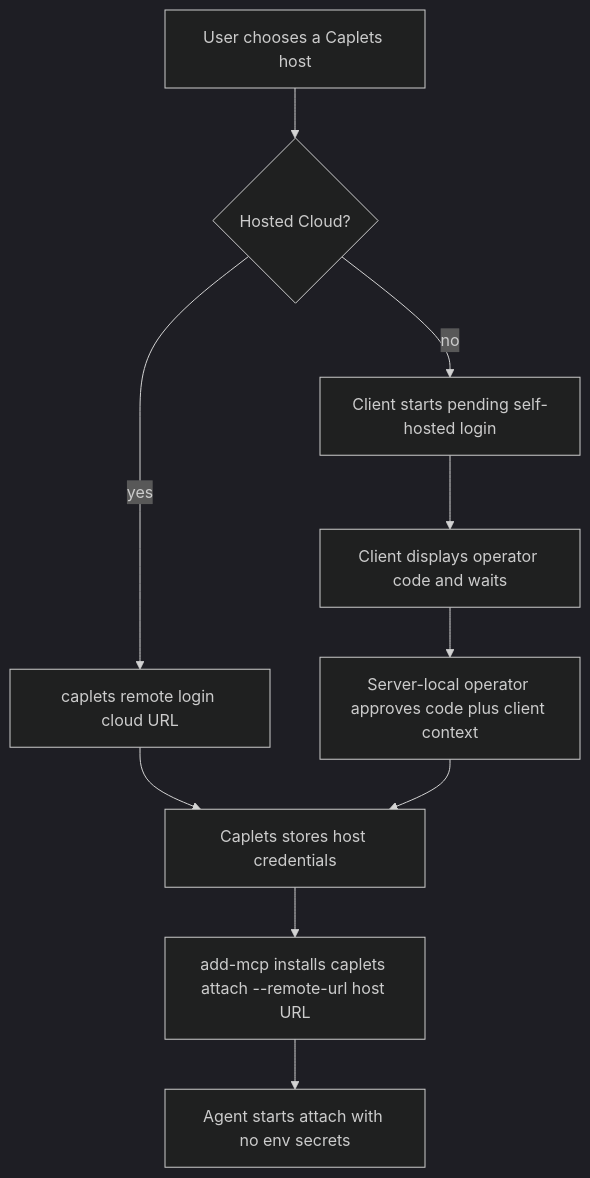
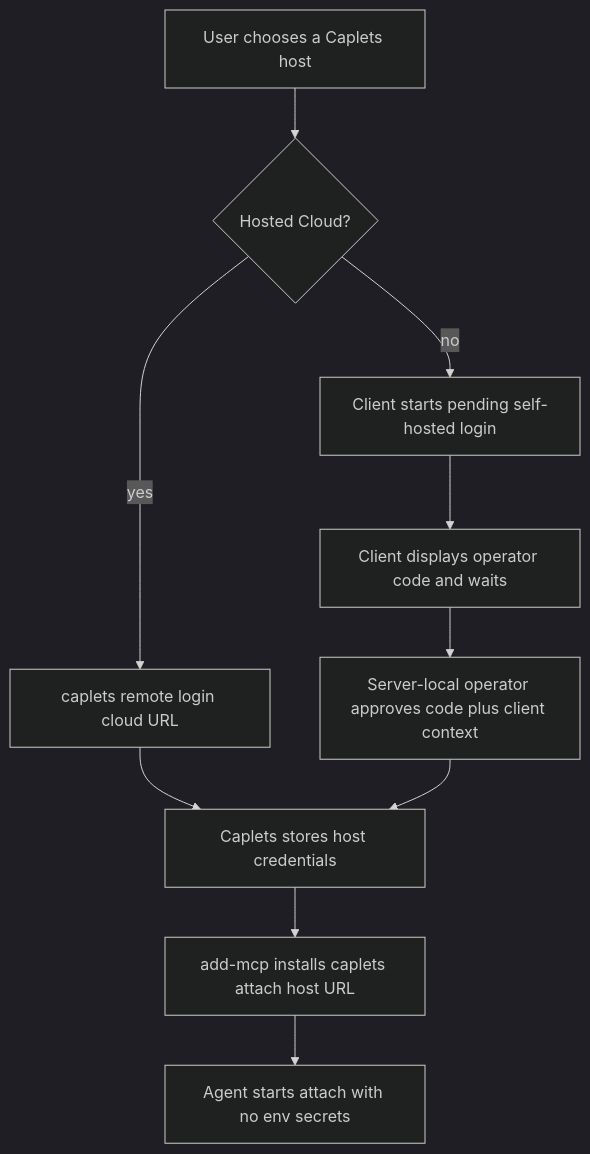
One commit to spiritledsoftware/caplets changed the diagram in docs/brainstorms/2026-06-19-unified-remote-attach-auth-requirements.md. Above: the diagram before and after it, drawn with Mermaid (dark theme). The commit also changed other lines of this file and 11 other files, not shown here.

Commit message:
feat(core): accept positional attach URL

````diff
--- a/docs/brainstorms/2026-06-19-unified-remote-attach-auth-requirements.md
+++ b/docs/brainstorms/2026-06-19-unified-remote-attach-auth-requirements.md
@@ -39,12 +39,12 @@
 ```mermaid
 flowchart TB
   A["User chooses a Caplets host"] --> B{"Hosted Cloud?"}
   B -->|yes| C["caplets remote login cloud URL"]
   B -->|no| D["Client starts pending self-hosted login"]
   D --> E["Client displays operator code and waits"]
   E --> F["Server-local operator approves code plus client context"]
   C --> G["Caplets stores host credentials"]
   F --> G
-  G --> H["add-mcp installs caplets attach --remote-url host URL"]
+  G --> H["add-mcp installs caplets attach host URL"]
   H --> I["Agent starts attach with no env secrets"]
 ```
````
